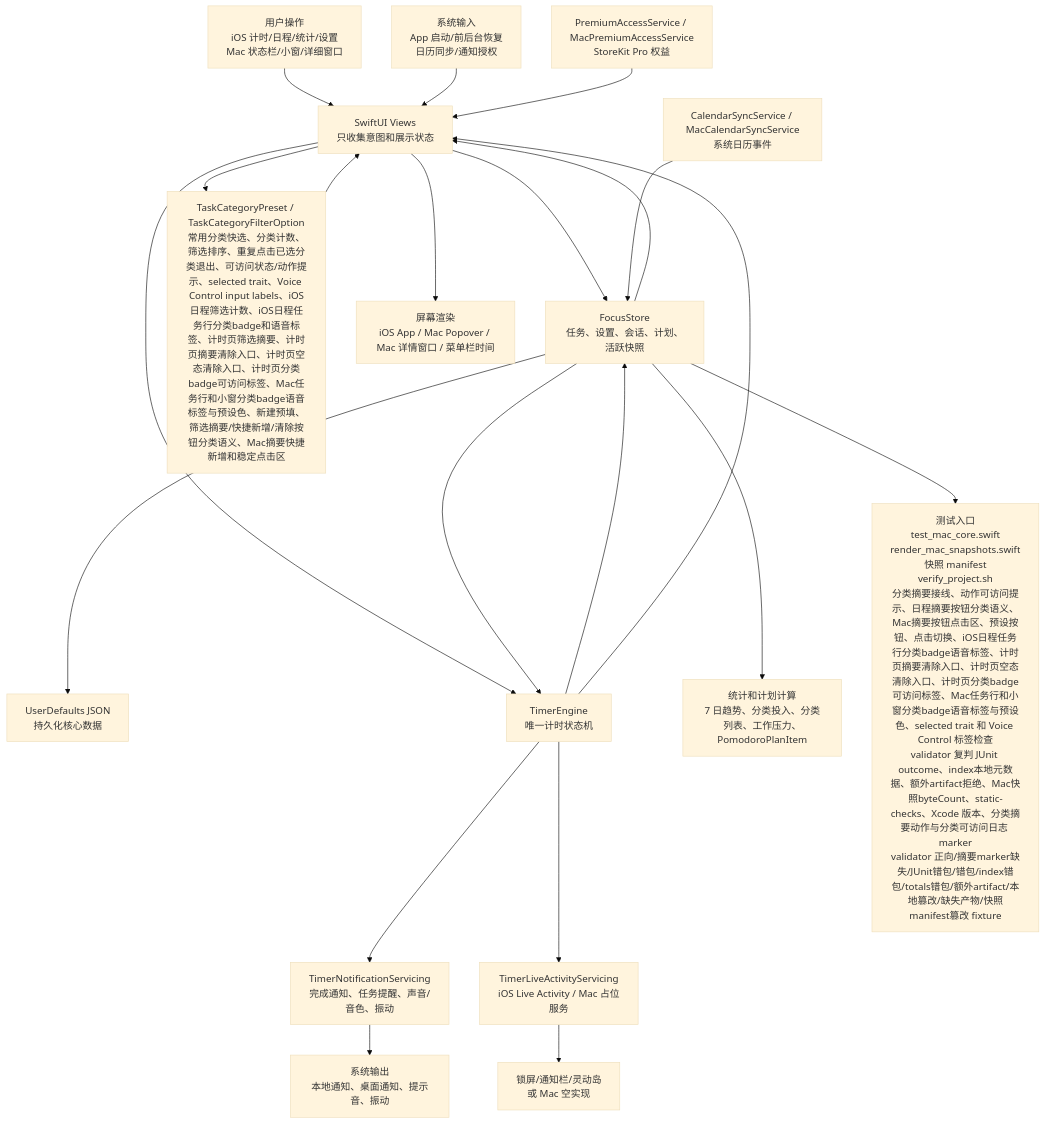
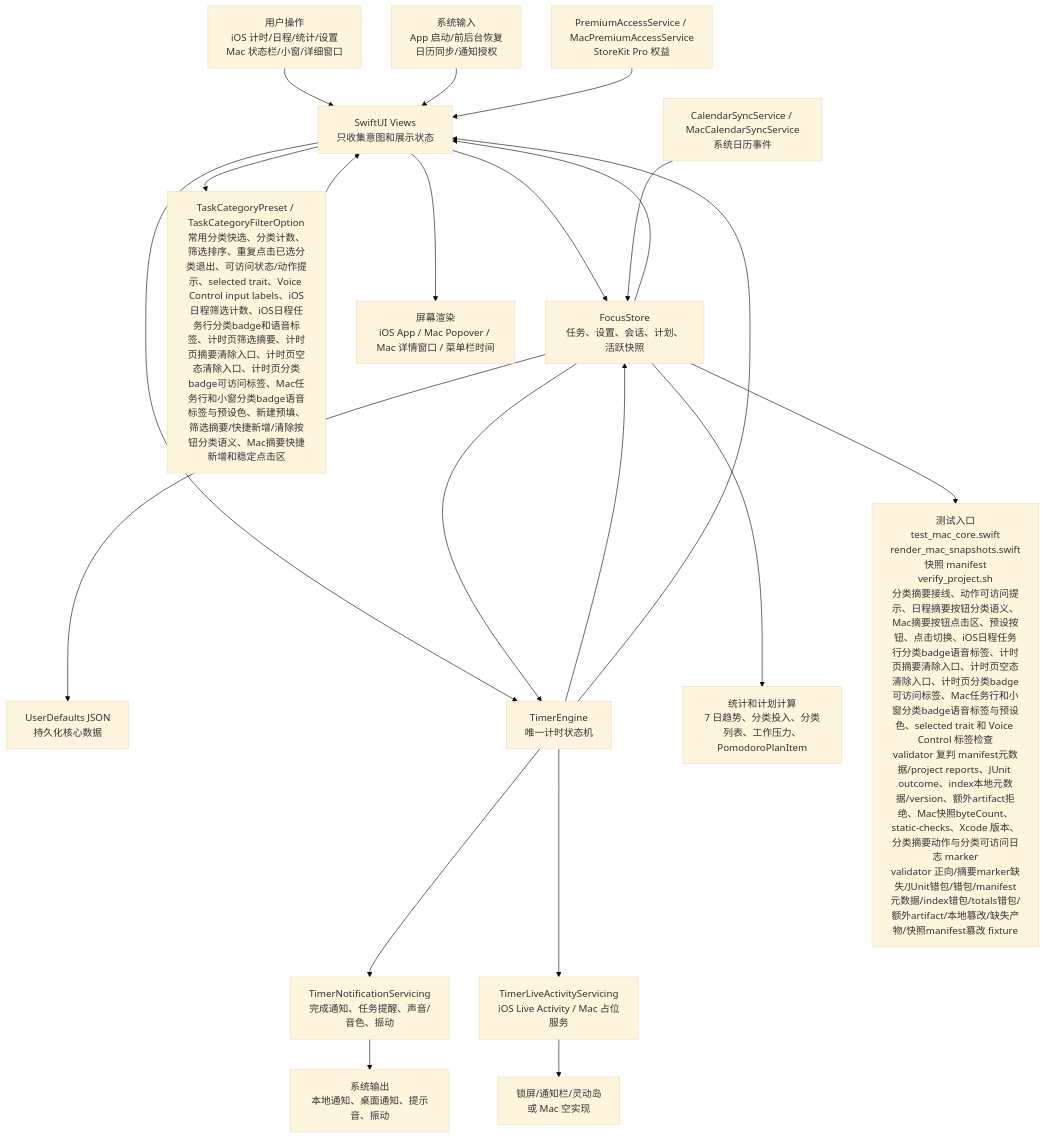
One commit to Altman-sam114/114 changed the first of 6 diagrams in md/flow/flowchart.md. Above: the diagram before and after it, drawn with Mermaid (base theme). The commit also changed other lines of this file and 7 other files, not shown here.

````diff
--- a/md/flow/flowchart.md
+++ b/md/flow/flowchart.md
@@ -9,23 +9,23 @@
 ```mermaid
 flowchart TD
   U["用户操作<br/>iOS 计时/日程/统计/设置<br/>Mac 状态栏/小窗/详细窗口"] --> V["SwiftUI Views<br/>只收集意图和展示状态"]
   SYS["系统输入<br/>App 启动/前后台恢复<br/>日历同步/通知授权"] --> V
   V --> S["FocusStore<br/>任务、设置、会话、计划、活跃快照"]
   V --> CAT["TaskCategoryPreset / TaskCategoryFilterOption<br/>常用分类快选、分类计数、筛选排序、重复点击已选分类退出、可访问状态/动作提示、selected trait、Voice Control input labels、iOS日程筛选计数、iOS日程任务行分类badge和语音标签、计时页筛选摘要、计时页摘要清除入口、计时页空态清除入口、计时页分类badge可访问标签、Mac任务行和小窗分类badge语音标签与预设色、新建预填、筛选摘要/快捷新增/清除按钮分类语义、Mac摘要快捷新增和稳定点击区"]
   CAT --> V
   S --> P["UserDefaults JSON<br/>持久化核心数据"]
   V --> E["TimerEngine<br/>唯一计时状态机"]
   S --> E
   E --> S
   E --> N["TimerNotificationServicing<br/>完成通知、任务提醒、声音/音色、振动"]
   E --> L["TimerLiveActivityServicing<br/>iOS Live Activity / Mac 占位服务"]
   S --> C["统计和计划计算<br/>7 日趋势、分类投入、分类列表、工作压力、PomodoroPlanItem"]
   CAL["CalendarSyncService / MacCalendarSyncService<br/>系统日历事件"] --> S
   PRO["PremiumAccessService / MacPremiumAccessService<br/>StoreKit Pro 权益"] --> V
   S --> V
   E --> V
   V --> OUT["屏幕渲染<br/>iOS App / Mac Popover / Mac 详情窗口 / 菜单栏时间"]
   N --> OUT2["系统输出<br/>本地通知、桌面通知、提示音、振动"]
   L --> OUT3["锁屏/通知栏/灵动岛<br/>或 Mac 空实现"]
-  S --> T["测试入口<br/>test_mac_core.swift<br/>render_mac_snapshots.swift<br/>快照 manifest<br/>verify_project.sh<br/>分类摘要接线、动作可访问提示、日程摘要按钮分类语义、Mac摘要按钮点击区、预设按钮、点击切换、iOS日程任务行分类badge语音标签、计时页摘要清除入口、计时页空态清除入口、计时页分类badge可访问标签、Mac任务行和小窗分类badge语音标签与预设色、selected trait 和 Voice Control 标签检查<br/>validator 复判 JUnit outcome、index本地元数据、额外artifact拒绝、Mac快照byteCount、static-checks、Xcode 版本、分类摘要动作与分类可访问日志 marker<br/>validator 正向/摘要marker缺失/JUnit错包/错包/index错包/totals错包/额外artifact/本地篡改/缺失产物/快照manifest篡改 fixture"]
+  S --> T["测试入口<br/>test_mac_core.swift<br/>render_mac_snapshots.swift<br/>快照 manifest<br/>verify_project.sh<br/>分类摘要接线、动作可访问提示、日程摘要按钮分类语义、Mac摘要按钮点击区、预设按钮、点击切换、iOS日程任务行分类badge语音标签、计时页摘要清除入口、计时页空态清除入口、计时页分类badge可访问标签、Mac任务行和小窗分类badge语音标签与预设色、selected trait 和 Voice Control 标签检查<br/>validator 复判 manifest元数据/project reports、JUnit outcome、index本地元数据/version、额外artifact拒绝、Mac快照byteCount、static-checks、Xcode 版本、分类摘要动作与分类可访问日志 marker<br/>validator 正向/摘要marker缺失/JUnit错包/错包/manifest元数据/index错包/totals错包/额外artifact/本地篡改/缺失产物/快照manifest篡改 fixture"]
 ```
````
